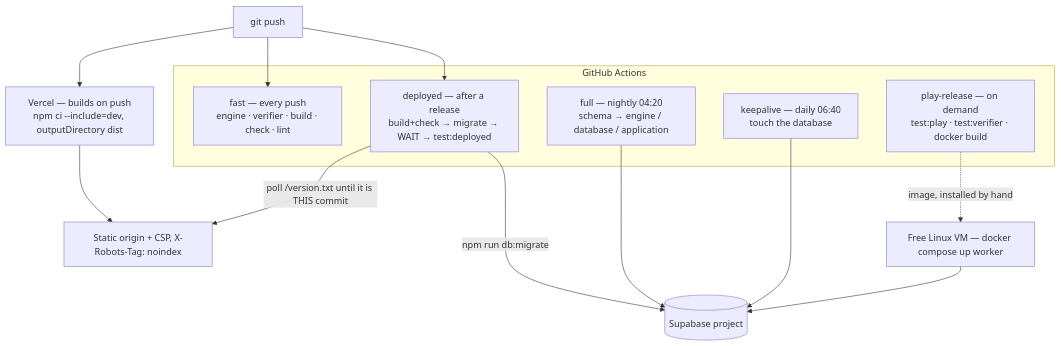
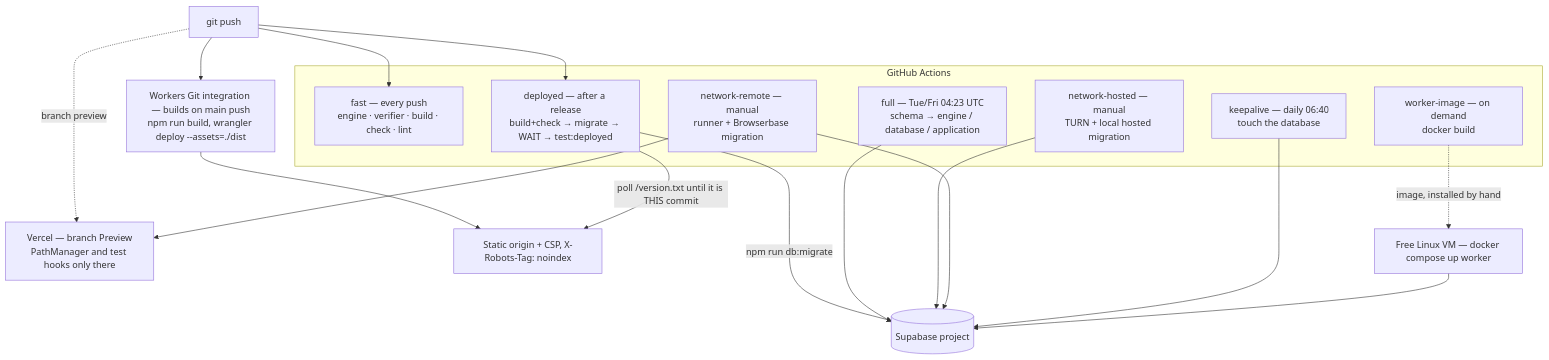
One commit to sjayan009/fireboy-and-watergirl changed diagram 18 of 20 in docs/ARCHITECTURE.MD. Above: the diagram before and after it, drawn with Mermaid. The commit also changed other lines of this file and 14 other files, not shown here.

Commit message:
fix(ci): audit full runs and add distributed network release gates

````diff
--- a/docs/ARCHITECTURE.MD
+++ b/docs/ARCHITECTURE.MD
@@ -1040,25 +1040,32 @@
 ```mermaid
 flowchart TB
     PUSH["git push"]
     subgraph GH["GitHub Actions"]
         FAST["fast — every push<br/>engine · verifier · build · check · lint"]
-        FULL["full — nightly 04:20<br/>schema → engine / database / application"]
+        FULL["full — Tue/Fri 04:23 UTC<br/>schema → engine / database / application"]
         DEP["deployed — after a release<br/>build+check → migrate → WAIT → test:deployed"]
         KA["keepalive — daily 06:40<br/>touch the database"]
-        PR["play-release — on demand<br/>test:play · test:verifier · docker build"]
+        HOSTED["network-hosted — manual<br/>TURN + local hosted migration"]
+        REMOTE["network-remote — manual<br/>runner + Browserbase migration"]
+        PR["worker-image — on demand<br/>docker build"]
     end
-    VERCEL["Vercel — builds on push<br/>npm ci --include=dev, outputDirectory dist"]
+    WORKERS["Workers Git integration — builds on main push<br/>npm run build, wrangler deploy --assets=./dist"]
+    VERCEL["Vercel — branch Preview<br/>PathManager and test hooks only there"]
     LIVE["Static origin + CSP, X-Robots-Tag: noindex"]
     SUPA[("Supabase project")]
     VM["Free Linux VM — docker compose up worker"]
 
     PUSH --> FAST
-    PUSH --> VERCEL --> LIVE
+    PUSH --> WORKERS --> LIVE
+    PUSH -. branch preview .-> VERCEL
     PUSH --> DEP
     DEP -->|"npm run db:migrate"| SUPA
     DEP -->|"poll /version.txt until it is THIS commit"| LIVE
     FULL --> SUPA
+    HOSTED --> SUPA
+    REMOTE --> VERCEL
+    REMOTE --> SUPA
     KA --> SUPA
     PR -.->|"image, installed by hand"| VM
     VM --> SUPA
 ```
````
